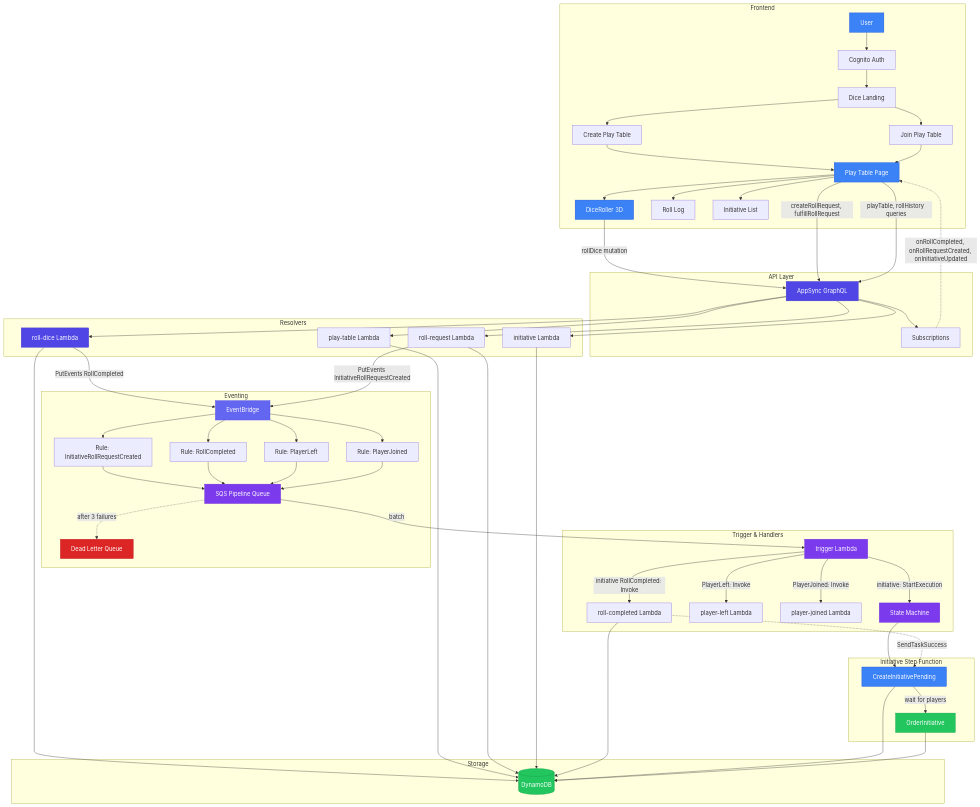
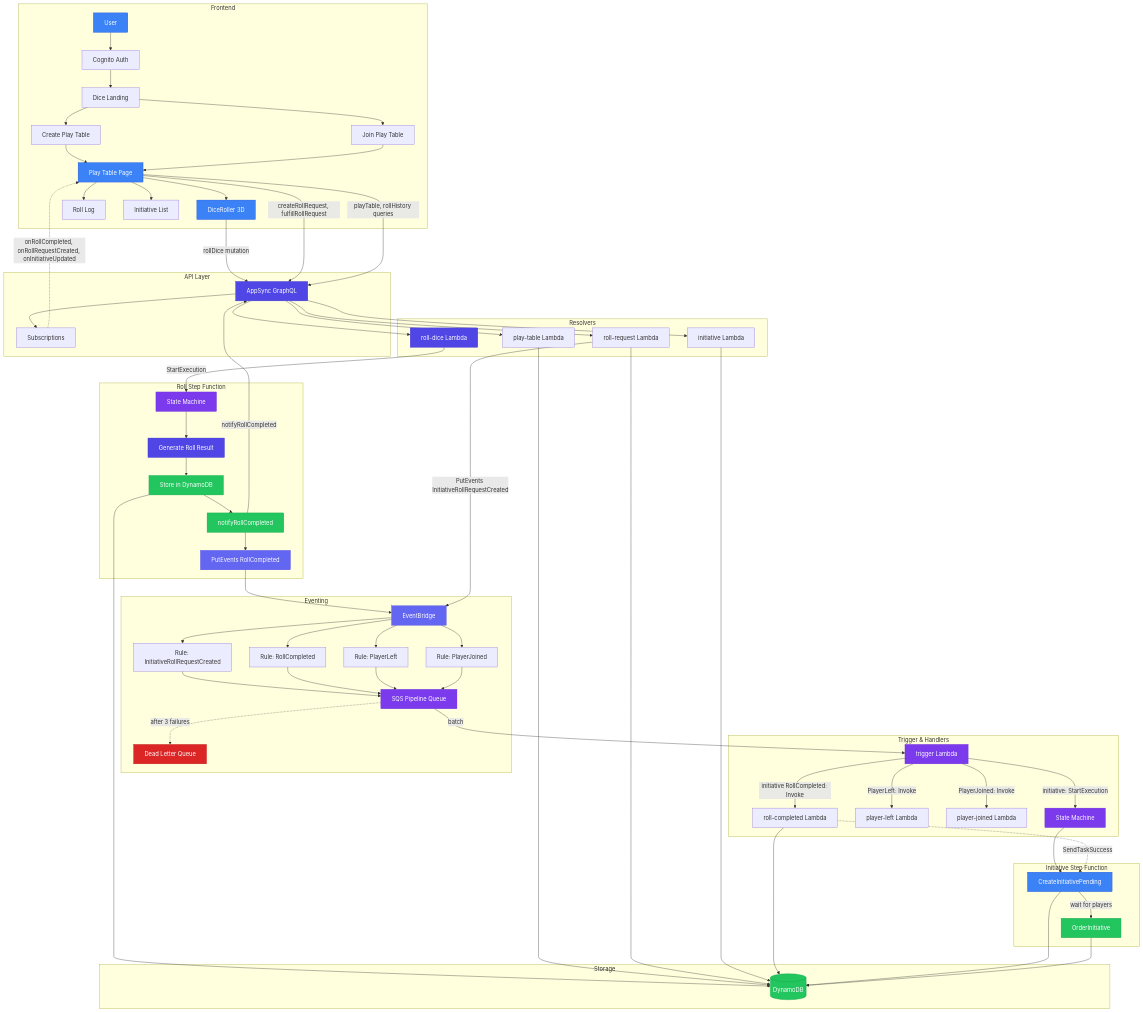
One commit to Puzzlebottom/puzzlebottom-tabletop-tools changed the first of 2 diagrams in docs/architecture.md. Above: the diagram before and after it, drawn with Mermaid. The commit also changed other lines of this file and 15 other files, not shown here.

First line of the commit message:
feat(api): decouple roll result delivery with Roll Step Function

```diff
--- a/docs/architecture.md
+++ b/docs/architecture.md
@@ -50,6 +50,23 @@
         AppSync --> Initiative
     end
 
+    subgraph RollPipeline["Roll Step Function"]
+        RollSF[State Machine]
+        GenerateResult[Generate Roll Result]
+        StoreRoll[Store in DynamoDB]
+        NotifySubscribers[notifyRollCompleted]
+        PublishRollEvent[PutEvents RollCompleted]
+        RollSF --> GenerateResult
+        GenerateResult --> StoreRoll
+        StoreRoll --> NotifySubscribers
+        NotifySubscribers --> PublishRollEvent
+    end
+
+    RollDice -->|StartExecution| RollSF
+    NotifySubscribers -->|notifyRollCompleted| AppSync
+    StoreRoll --> DynamoDB
+    PublishRollEvent --> EB
+
     subgraph Eventing["Eventing"]
         EB[EventBridge]
         RuleIRR[Rule: InitiativeRollRequestCreated]
@@ -92,7 +109,6 @@
 
     subgraph Storage["Storage"]
         DynamoDB[(DynamoDB)]
-        RollDice --> DynamoDB
         PlayTableRes --> DynamoDB
         RollRequest --> DynamoDB
         Initiative --> DynamoDB
@@ -100,8 +116,6 @@
         CreatePending --> DynamoDB
         OrderInitiative --> DynamoDB
     end
-
-    RollDice -->|PutEvents RollCompleted| EB
     RollRequest -->|PutEvents InitiativeRollRequestCreated| EB
 
     style User fill:#3b82f6,stroke:#1d4ed8,color:#fff
@@ -113,6 +127,11 @@
     style DLQ fill:#dc2626,stroke:#b91c1c,color:#fff
     style RollDice fill:#4f46e5,stroke:#4338ca,color:#fff
     style TriggerFn fill:#7c3aed,stroke:#6d28d9,color:#fff
+    style RollSF fill:#7c3aed,stroke:#6d28d9,color:#fff
+    style GenerateResult fill:#4f46e5,stroke:#4338ca,color:#fff
+    style StoreRoll fill:#22c55e,stroke:#16a34a,color:#fff
+    style NotifySubscribers fill:#22c55e,stroke:#16a34a,color:#fff
+    style PublishRollEvent fill:#6366f1,stroke:#4f46e5,color:#fff
     style SF fill:#7c3aed,stroke:#6d28d9,color:#fff
     style CreatePending fill:#3b82f6,stroke:#1d4ed8,color:#fff
     style OrderInitiative fill:#22c55e,stroke:#16a34a,color:#fff
```
